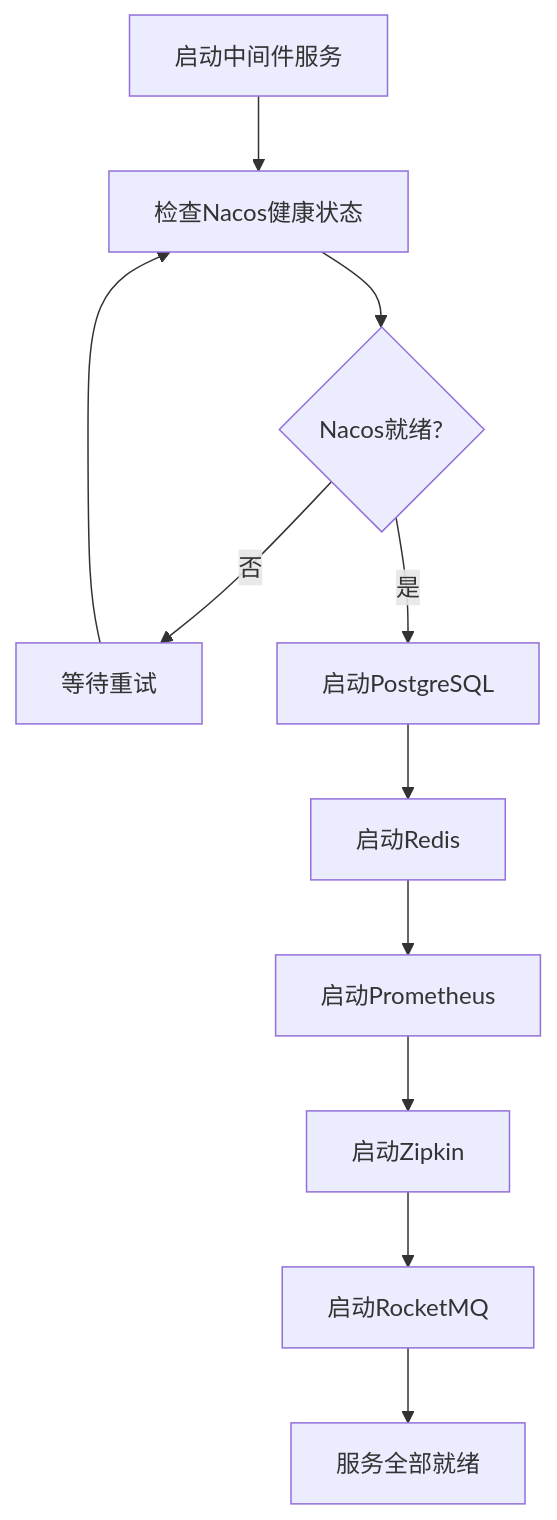
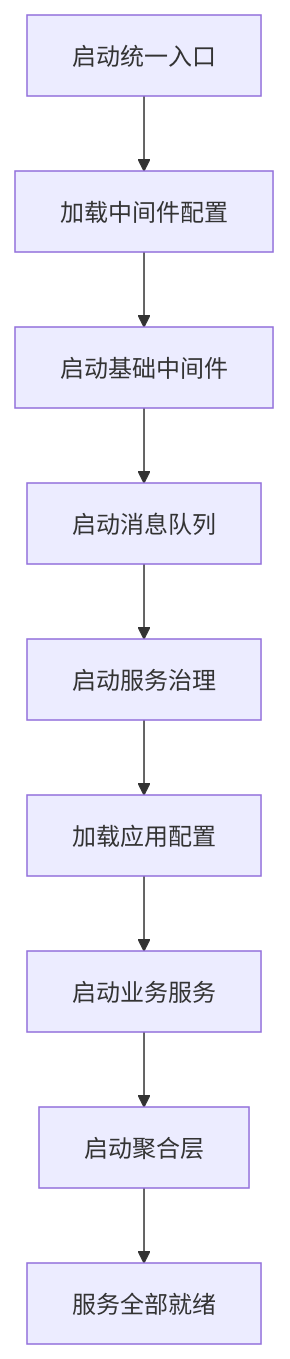
Before and after one commit to fq0121104930716/iam-platform: the third of 10 diagrams in .qoder/repowiki/zh/content/部署运维/Docker组合使用指南.md, drawn with Mermaid. The commit also changed other lines of this file and 42 other files, not shown here.

````diff
--- a/.qoder/repowiki/zh/content/部署运维/Docker组合使用指南.md
+++ b/.qoder/repowiki/zh/content/部署运维/Docker组合使用指南.md
@@ -181,13 +193,11 @@
 ```mermaid
 flowchart TD
-A[启动中间件服务] --> B[检查Nacos健康状态]
-B --> C{Nacos就绪?}
-C --> |否| D[等待重试]
-D --> B
-C --> |是| E[启动PostgreSQL]
-E --> F[启动Redis]
-F --> G[启动Prometheus]
-G --> H[启动Zipkin]
-H --> I[启动RocketMQ]
-I --> J[服务全部就绪]
+A[启动统一入口] --> B[加载中间件配置]
+B --> C[启动基础中间件]
+C --> D[启动消息队列]
+D --> E[启动服务治理]
+E --> F[加载应用配置]
+F --> G[启动业务服务]
+G --> H[启动聚合层]
+H --> I[服务全部就绪]
 ```
````
